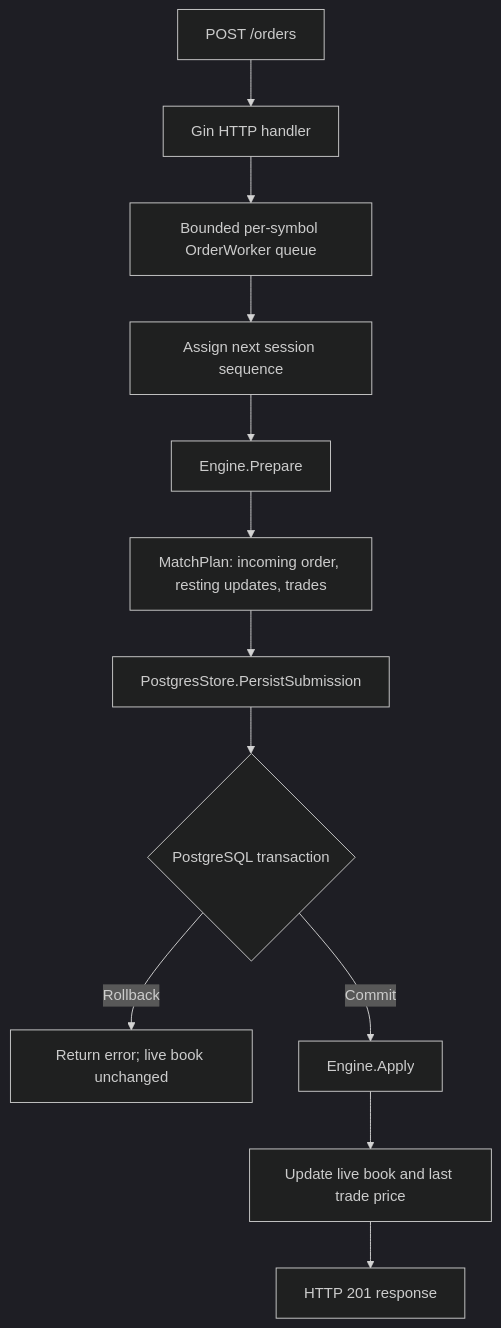
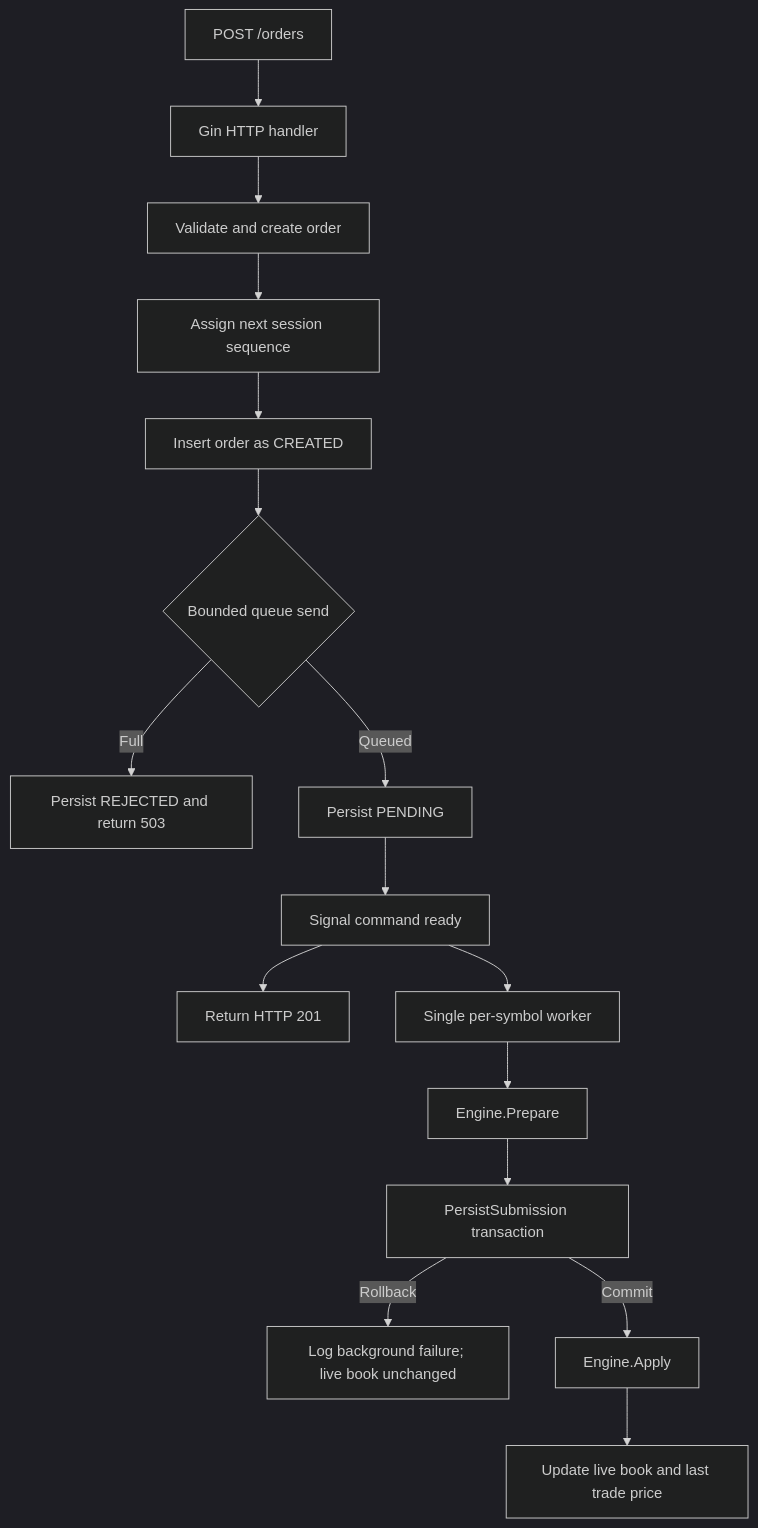
The diagram in README.md (karakuz/bist-matching-engine), drawn with Mermaid (dark theme) before and after one commit. The commit also changed other lines of this file and 7 other files, not shown here.

````diff
--- a/README.md
+++ b/README.md
@@ -79,14 +89,18 @@
 ```mermaid
 flowchart TD
     A[POST /orders] --> B[Gin HTTP handler]
-    B --> C[Bounded per-symbol OrderWorker queue]
+    B --> C[Validate and create order]
     C --> D[Assign next session sequence]
-    D --> E[Engine.Prepare]
-    E --> F[MatchPlan: incoming order, resting updates, trades]
-    F --> G[PostgresStore.PersistSubmission]
-    G --> H{PostgreSQL transaction}
-    H -->|Rollback| I[Return error; live book unchanged]
-    H -->|Commit| J[Engine.Apply]
-    J --> K[Update live book and last trade price]
-    K --> L[HTTP 201 response]
+    D --> E[Insert order as CREATED]
+    E --> F{Bounded queue send}
+    F -->|Full| G[Persist REJECTED and return 503]
+    F -->|Queued| H[Persist PENDING]
+    H --> I[Signal command ready]
+    I --> J[Return HTTP 201]
+    I --> K[Single per-symbol worker]
+    K --> L[Engine.Prepare]
+    L --> M[PersistSubmission transaction]
+    M -->|Rollback| N[Log background failure; live book unchanged]
+    M -->|Commit| O[Engine.Apply]
+    O --> P[Update live book and last trade price]
 ```
````
